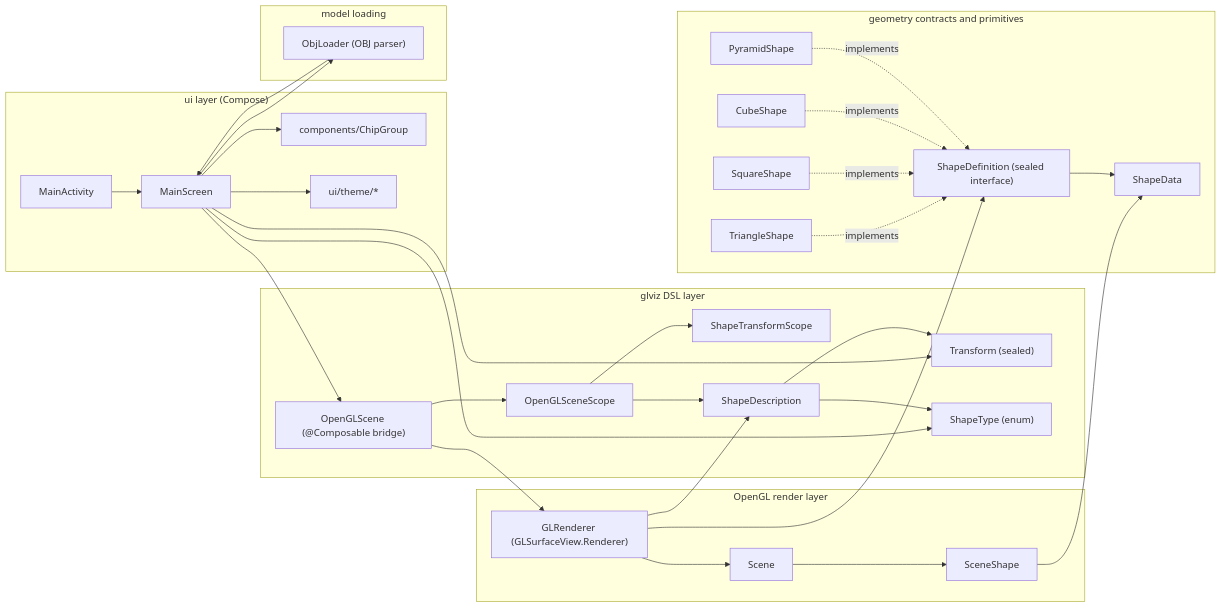
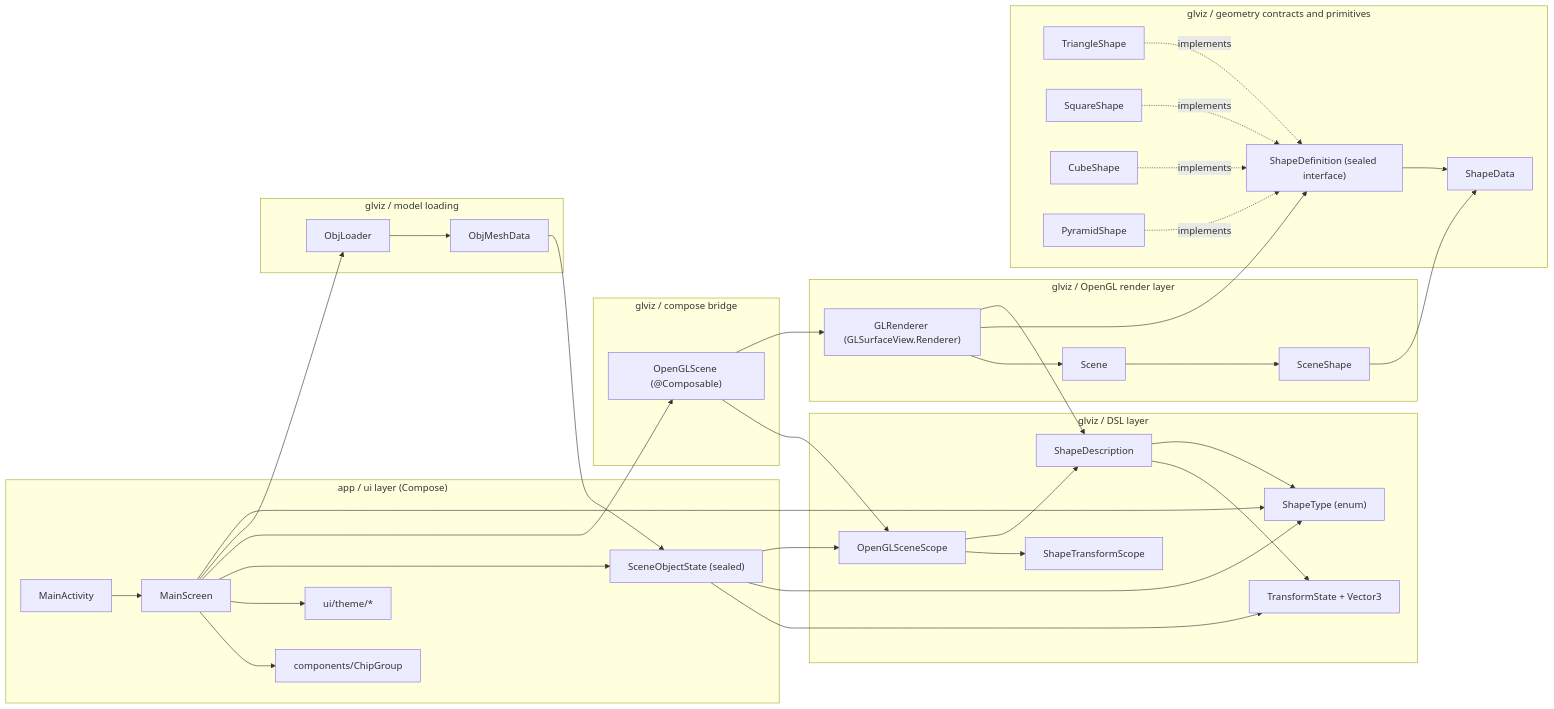
The diagram in docs/uml/06-package-components.md (hr5h/GLViz), drawn with Mermaid before and after one commit. The commit also changed 11 other files, not shown here.

````diff
--- a/docs/uml/06-package-components.md
+++ b/docs/uml/06-package-components.md
@@ -3,68 +3,76 @@
 ```mermaid
 flowchart LR
-  subgraph UI["ui layer (Compose)"]
+  subgraph UI["app / ui layer (Compose)"]
     MainActivity["MainActivity"]
     MainScreen["MainScreen"]
+    SceneObjectState["SceneObjectState (sealed)"]
     ChipGroup["components/ChipGroup"]
     Theme["ui/theme/*"]
   end
 
-  subgraph DSL["glviz DSL layer"]
-    OpenGLScene["OpenGLScene (@Composable bridge)"]
+  subgraph Bridge["glviz / compose bridge"]
+    OpenGLScene["OpenGLScene (@Composable)"]
+  end
+
+  subgraph DSL["glviz / DSL layer"]
     OpenGLSceneScope["OpenGLSceneScope"]
     ShapeTransformScope["ShapeTransformScope"]
     ShapeDescription["ShapeDescription"]
-    Transform["Transform (sealed)"]
+    TransformState["TransformState + Vector3"]
     ShapeType["ShapeType (enum)"]
   end
 
-  subgraph Render["OpenGL render layer"]
+  subgraph Render["glviz / OpenGL render layer"]
     GLRenderer["GLRenderer (GLSurfaceView.Renderer)"]
     Scene["Scene"]
     SceneShape["SceneShape"]
   end
 
-  subgraph Geometry["geometry contracts and primitives"]
+  subgraph Geometry["glviz / geometry contracts and primitives"]
     ShapeDefinition["ShapeDefinition (sealed interface)"]
     ShapeData["ShapeData"]
     Triangle["TriangleShape"]
     Square["SquareShape"]
     Cube["CubeShape"]
     Pyramid["PyramidShape"]
   end
 
-  subgraph Models["model loading"]
-    ObjLoader["ObjLoader (OBJ parser)"]
+  subgraph Models["glviz / model loading"]
+    ObjLoader["ObjLoader"]
+    ObjMeshData["ObjMeshData"]
   end
 
   MainActivity --> MainScreen
   MainScreen --> ChipGroup
   MainScreen --> Theme
-
+  MainScreen --> SceneObjectState
   MainScreen --> OpenGLScene
   MainScreen --> ObjLoader
   MainScreen --> ShapeType
-  MainScreen --> Transform
+
+  SceneObjectState --> TransformState
+  SceneObjectState --> ShapeType
 
   OpenGLScene --> OpenGLSceneScope
   OpenGLScene --> GLRenderer
   OpenGLSceneScope --> ShapeTransformScope
   OpenGLSceneScope --> ShapeDescription
-  ShapeDescription --> Transform
+  ShapeDescription --> TransformState
   ShapeDescription --> ShapeType
 
   GLRenderer --> Scene
+  GLRenderer --> ShapeDefinition
+  GLRenderer --> ShapeDescription
   Scene --> SceneShape
   SceneShape --> ShapeData
-
-  GLRenderer --> ShapeDefinition
-  GLRenderer --> ShapeDescription
 
   ShapeDefinition --> ShapeData
   Triangle -.implements.-> ShapeDefinition
   Square -.implements.-> ShapeDefinition
   Cube -.implements.-> ShapeDefinition
   Pyramid -.implements.-> ShapeDefinition
 
-  ObjLoader --> MainScreen
+  ObjLoader --> ObjMeshData
+  ObjMeshData --> SceneObjectState
+  SceneObjectState --> OpenGLSceneScope
 ```
````
